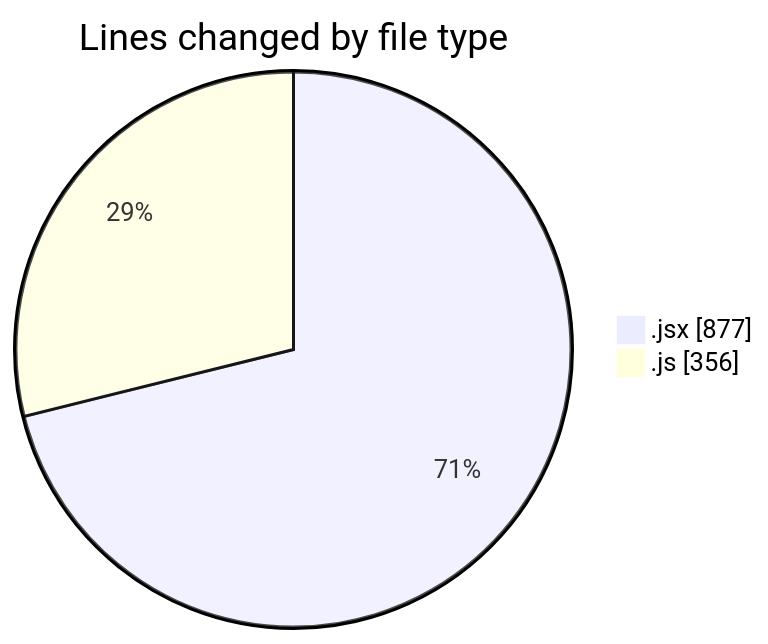
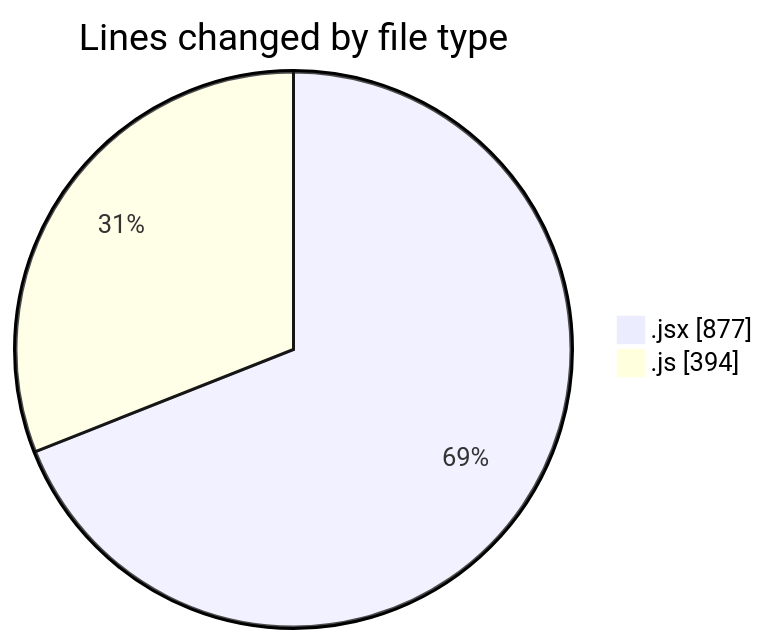
Before and after one commit to nxtqubesakshisongat/code-tracking: the first of 2 diagrams in 2025-06-03/nxtqube_webapp/README.md, drawn with Mermaid. The commit also changed other lines of this file and 1 other file, not shown here.

````diff
--- a/2025-06-03/nxtqube_webapp/README.md
+++ b/2025-06-03/nxtqube_webapp/README.md
@@ -21,6 +21,6 @@
 ```mermaid
 pie showData
 title Lines changed by file type
 ".jsx" : 877
-".js" : 356
+".js" : 394
 ```
````
